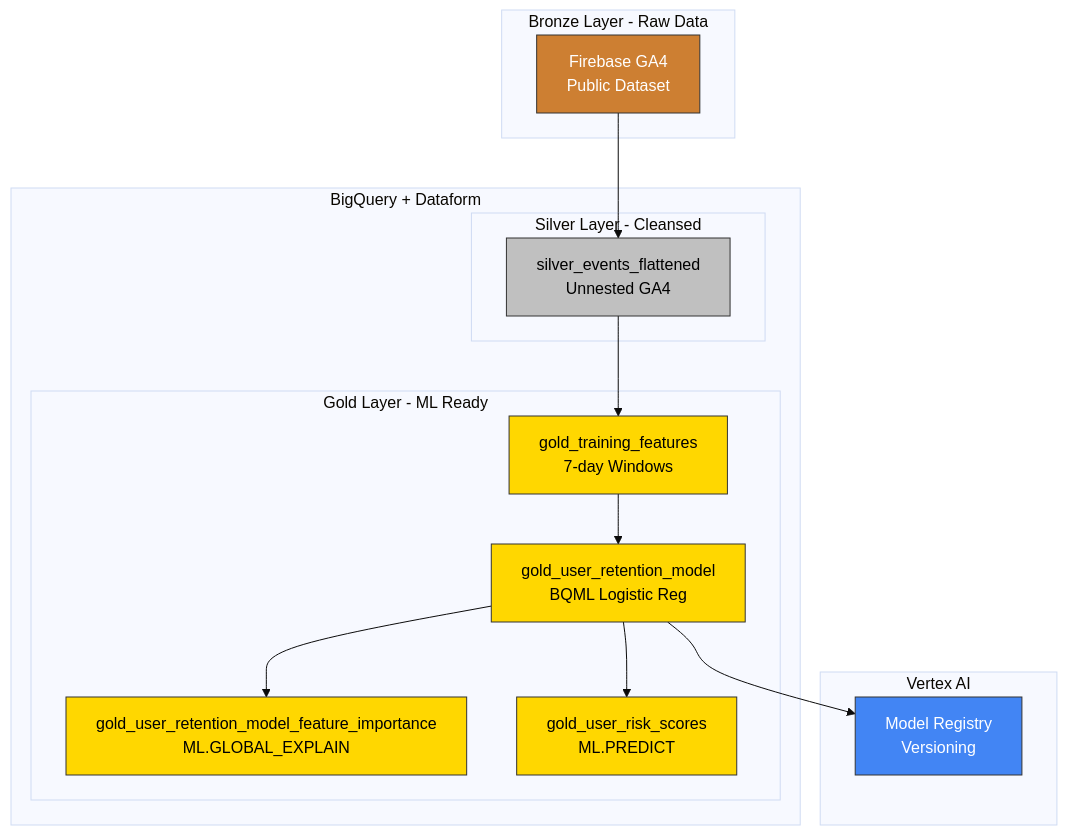
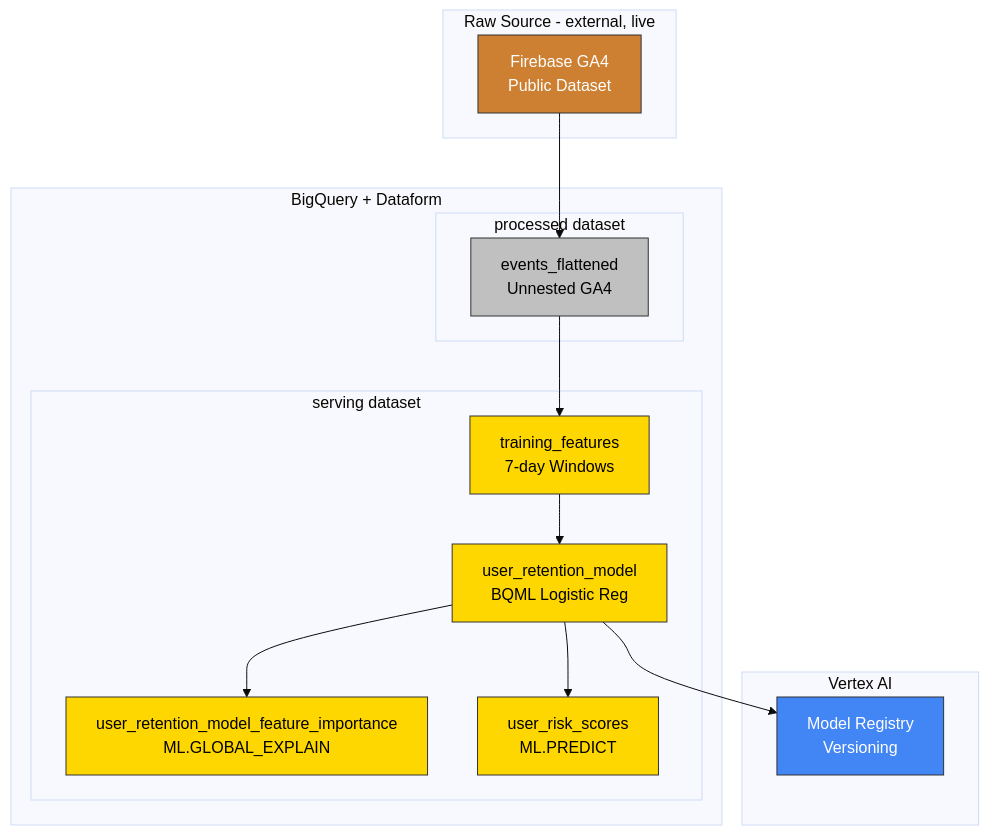
One commit to gCloud-Tech-Showcase/datacloud-churn-prediction changed the first of 2 diagrams in docs/architecture.md. Above: the diagram before and after it, drawn with Mermaid (base theme). The commit also changed other lines of this file and 17 other files, not shown here.

First line of the commit message:
Restructure to datasets-per-stage (processed/serving)

````diff
--- a/docs/architecture.md
+++ b/docs/architecture.md
@@ -9,40 +9,40 @@
 ```mermaid
 graph TB
-    subgraph "Bronze Layer - Raw Data"
+    subgraph "Raw Source - external, live"
         GA4[Firebase GA4<br/>Public Dataset]
     end
 
     subgraph "BigQuery + Dataform"
-        subgraph "Silver Layer - Cleansed"
-            FLAT[silver_events_flattened<br/>Unnested GA4]
+        subgraph "processed dataset"
+            FLAT[events_flattened<br/>Unnested GA4]
         end
 
-        subgraph "Gold Layer - ML Ready"
-            FEAT[gold_training_features<br/>7-day Windows]
-            MODEL[gold_user_retention_model<br/>BQML Logistic Reg]
-            FI[gold_user_retention_model_feature_importance<br/>ML.GLOBAL_EXPLAIN]
-            SCORES[gold_user_risk_scores<br/>ML.PREDICT]
+        subgraph "serving dataset"
+            FEAT[training_features<br/>7-day Windows]
+            MODEL[user_retention_model<br/>BQML Logistic Reg]
+            FI[user_retention_model_feature_importance<br/>ML.GLOBAL_EXPLAIN]
+            SCORES[user_risk_scores<br/>ML.PREDICT]
         end
     end
 
     subgraph "Vertex AI"
         REGISTRY[Model Registry<br/>Versioning]
     end
 
     GA4 --> FLAT
     FLAT --> FEAT
     FEAT --> MODEL
     MODEL --> REGISTRY
     MODEL --> FI
     MODEL --> SCORES
 
-    classDef bronze fill:#cd7f32,stroke:#333,color:#fff
-    classDef silver fill:#c0c0c0,stroke:#333,color:#000
-    classDef gold fill:#ffd700,stroke:#333,color:#000
+    classDef raw fill:#cd7f32,stroke:#333,color:#fff
+    classDef processed fill:#c0c0c0,stroke:#333,color:#000
+    classDef serving fill:#ffd700,stroke:#333,color:#000
     classDef external fill:#4285f4,stroke:#333,color:#fff
 
-    class GA4 bronze
-    class FLAT silver
-    class FEAT,MODEL,FI,SCORES gold
+    class GA4 raw
+    class FLAT processed
+    class FEAT,MODEL,FI,SCORES serving
     class REGISTRY external
 ```
````
